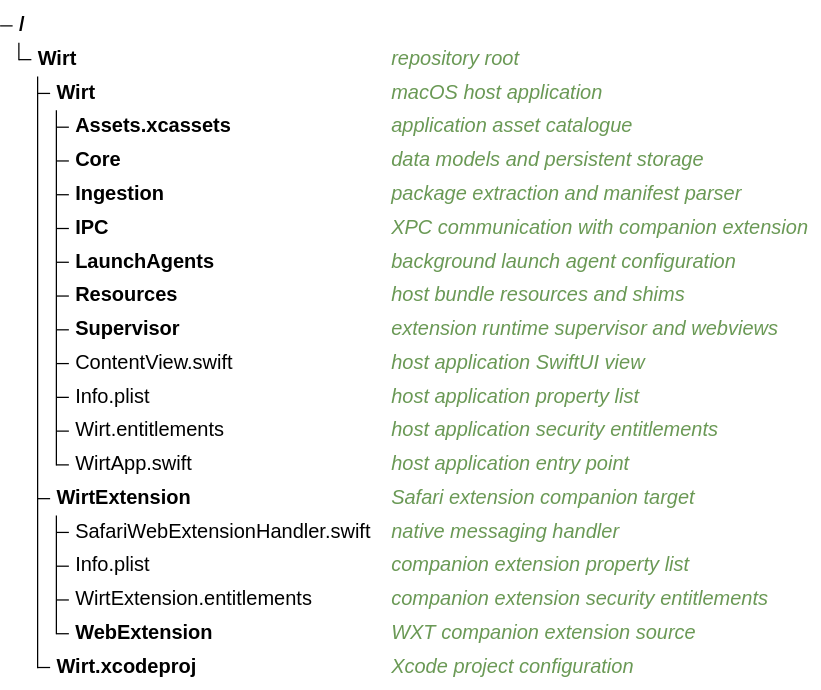
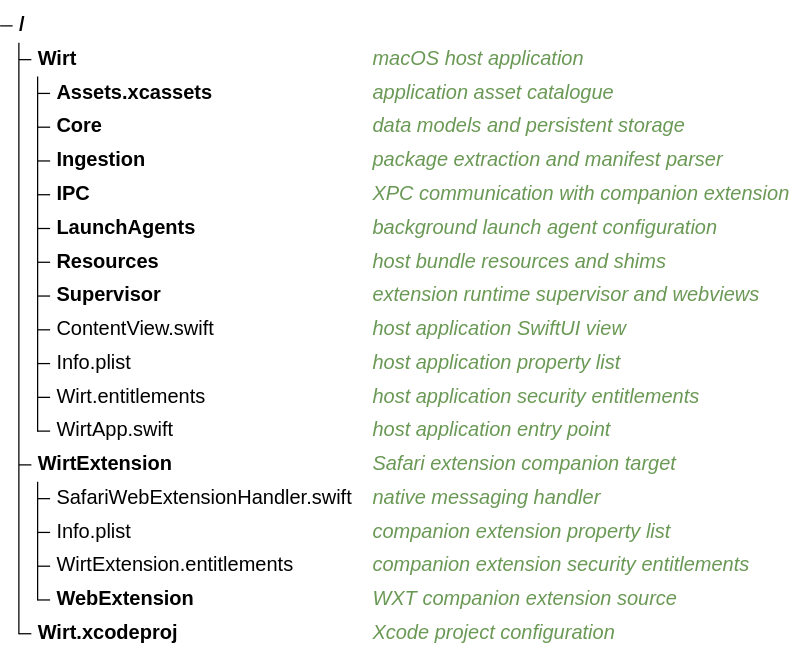
One commit to easonwong-de/Wirt changed the diagram in CONTRIBUTING.md. Above: the diagram before and after it, drawn with Mermaid (neutral theme). The commit also changed 1 other file, not shown here.

Commit message:
docs: update documentations

````diff
--- a/CONTRIBUTING.md
+++ b/CONTRIBUTING.md
@@ -16,22 +16,21 @@
 ```mermaid
 treeView-beta
-Wirt/ ## repository root
 ├── Wirt/ ## macOS host application
 │   ├── Assets.xcassets/ ## application asset catalogue
 │   ├── Core/ ## data models and persistent storage
 │   ├── Ingestion/ ## package extraction and manifest parser
 │   ├── IPC/ ## XPC communication with companion extension
 │   ├── LaunchAgents/ ## background launch agent configuration
 │   ├── Resources/ ## host bundle resources and shims
 │   ├── Supervisor/ ## extension runtime supervisor and webviews
 │   ├── ContentView.swift ## host application SwiftUI view
 │   ├── Info.plist ## host application property list
 │   ├── Wirt.entitlements ## host application security entitlements
 │   └── WirtApp.swift ## host application entry point
 ├── WirtExtension/ ## Safari extension companion target
 │   ├── SafariWebExtensionHandler.swift ## native messaging handler
 │   ├── Info.plist ## companion extension property list
 │   ├── WirtExtension.entitlements ## companion extension security entitlements
 │   └── WebExtension/ ## WXT companion extension source
 └── Wirt.xcodeproj/ ## Xcode project configuration
 ```
````
